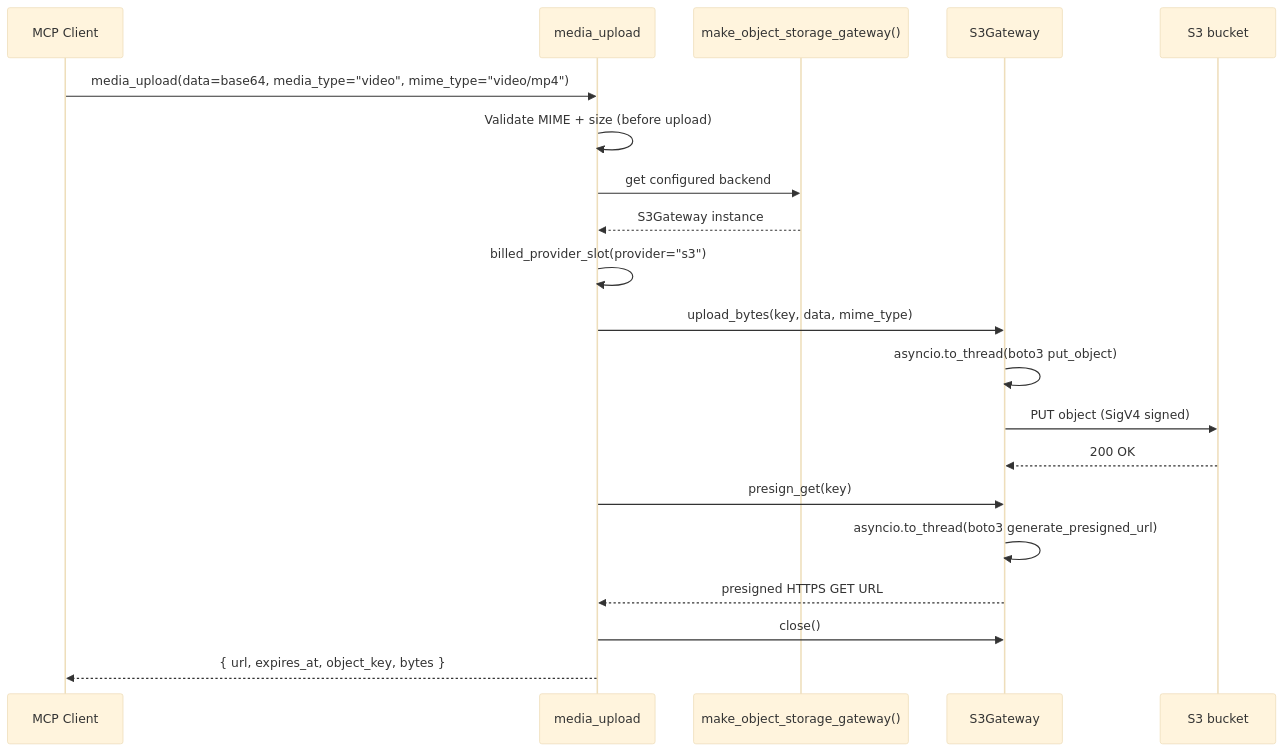
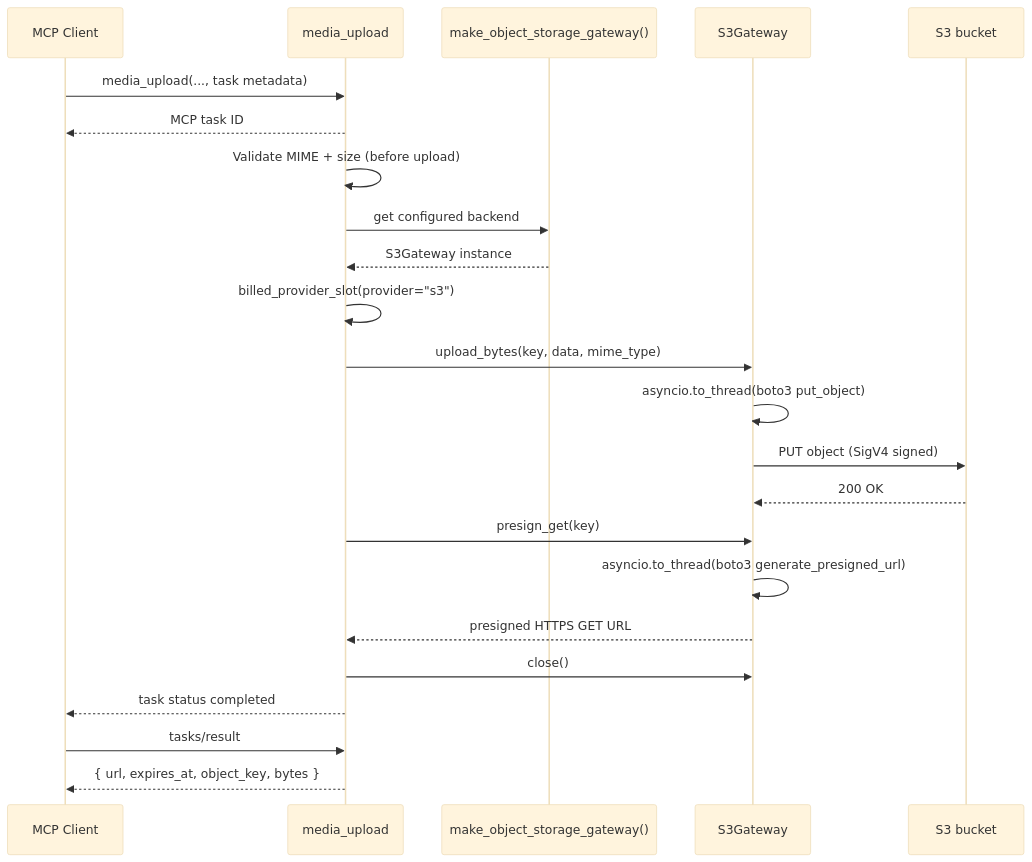
One commit to byteplus-sa/modelark-mcp changed the second of 3 diagrams in docs/s3-object-storage.md. Above: the diagram before and after it, drawn with Mermaid (base theme). The commit also changed other lines of this file and 5 other files, not shown here.

````diff
--- a/docs/s3-object-storage.md
+++ b/docs/s3-object-storage.md
@@ -47,23 +49,26 @@
 ```mermaid
 sequenceDiagram
     participant C as MCP Client
     participant T as media_upload
     participant F as make_object_storage_gateway()
     participant G as S3Gateway
     participant S3 as S3 bucket
 
-    C->>T: media_upload(data=base64, media_type="video", mime_type="video/mp4")
+    C->>T: media_upload(..., task metadata)
+    T-->>C: MCP task ID
     T->>T: Validate MIME + size (before upload)
     T->>F: get configured backend
     F-->>T: S3Gateway instance
     T->>T: billed_provider_slot(provider="s3")
     T->>G: upload_bytes(key, data, mime_type)
     G->>G: asyncio.to_thread(boto3 put_object)
     G->>S3: PUT object (SigV4 signed)
     S3-->>G: 200 OK
     T->>G: presign_get(key)
     G->>G: asyncio.to_thread(boto3 generate_presigned_url)
     G-->>T: presigned HTTPS GET URL
     T->>G: close()
+    T-->>C: task status completed
+    C->>T: tasks/result
     T-->>C: { url, expires_at, object_key, bytes }
 ```
````
